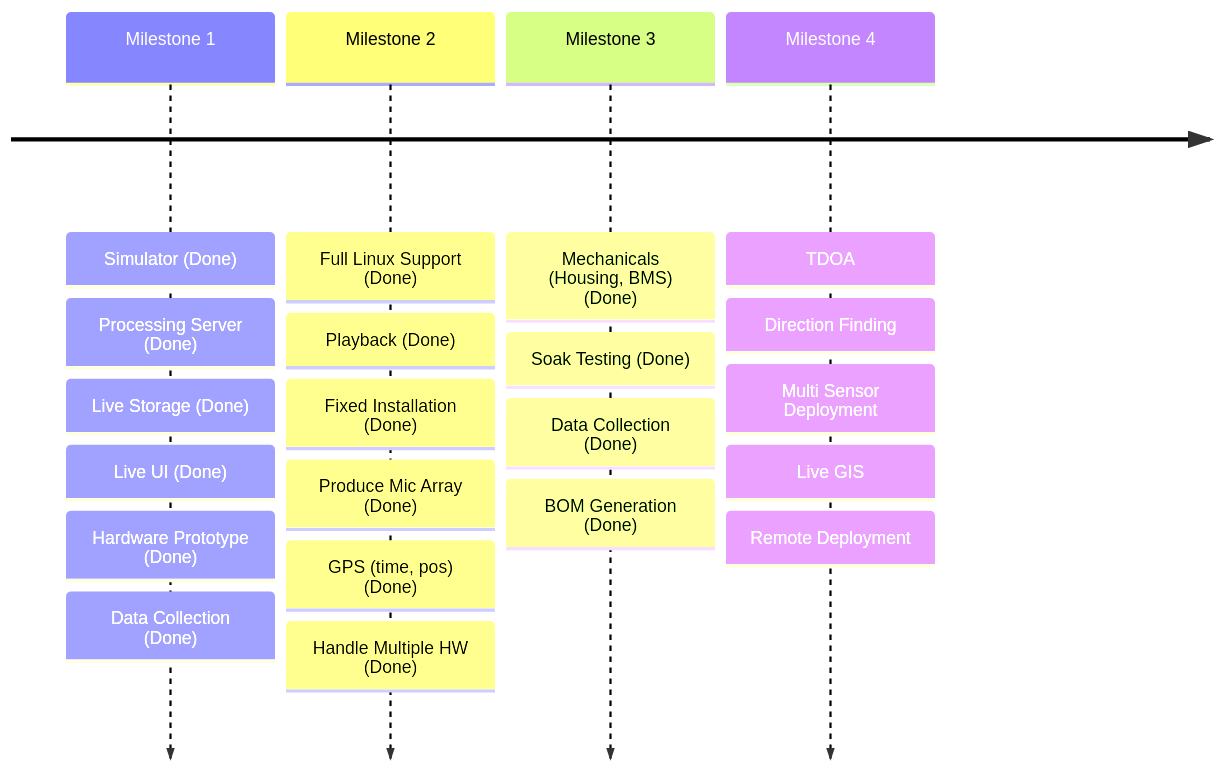
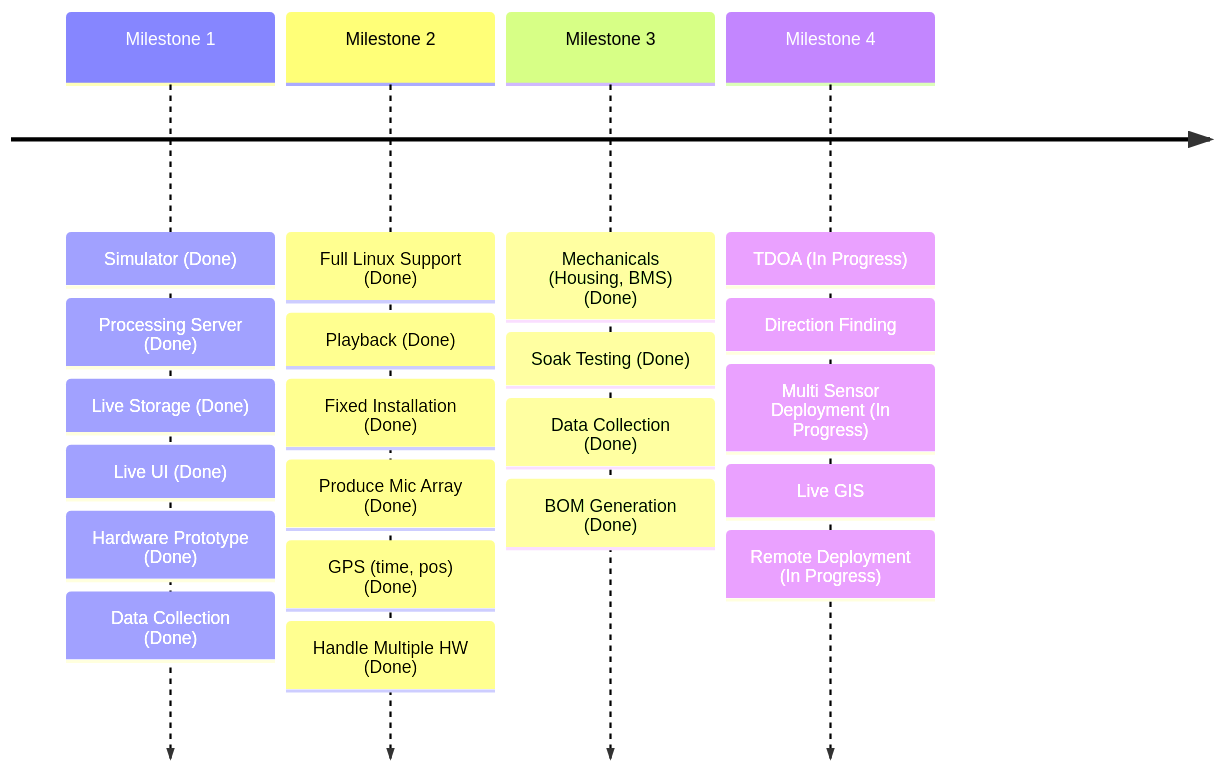
The second of 2 diagrams in profile/README.md (Sense-Scape/.github), drawn with Mermaid before and after one commit.

````diff
--- a/profile/README.md
+++ b/profile/README.md
@@ -68,9 +68,9 @@
 ``` mermaid
 
 timeline
     Milestone 1 : Simulator (Done) : Processing Server (Done) : Live Storage (Done) : Live UI (Done) : Hardware Prototype (Done) : Data Collection (Done)
     Milestone 2 : Full Linux Support (Done) : Playback (Done) : Fixed Installation (Done) : Produce Mic Array (Done)  : GPS (time, pos) (Done) : Handle Multiple HW (Done)
     Milestone 3 : Mechanicals (Housing, BMS) (Done) : Soak Testing (Done) : Data Collection (Done) : BOM Generation (Done)
-    Milestone 4 : TDOA : Direction Finding : Multi Sensor Deployment : Live GIS : Remote Deployment
+    Milestone 4 : TDOA (In Progress) : Direction Finding : Multi Sensor Deployment (In Progress) : Live GIS : Remote Deployment (In Progress)
 
 ```
````
